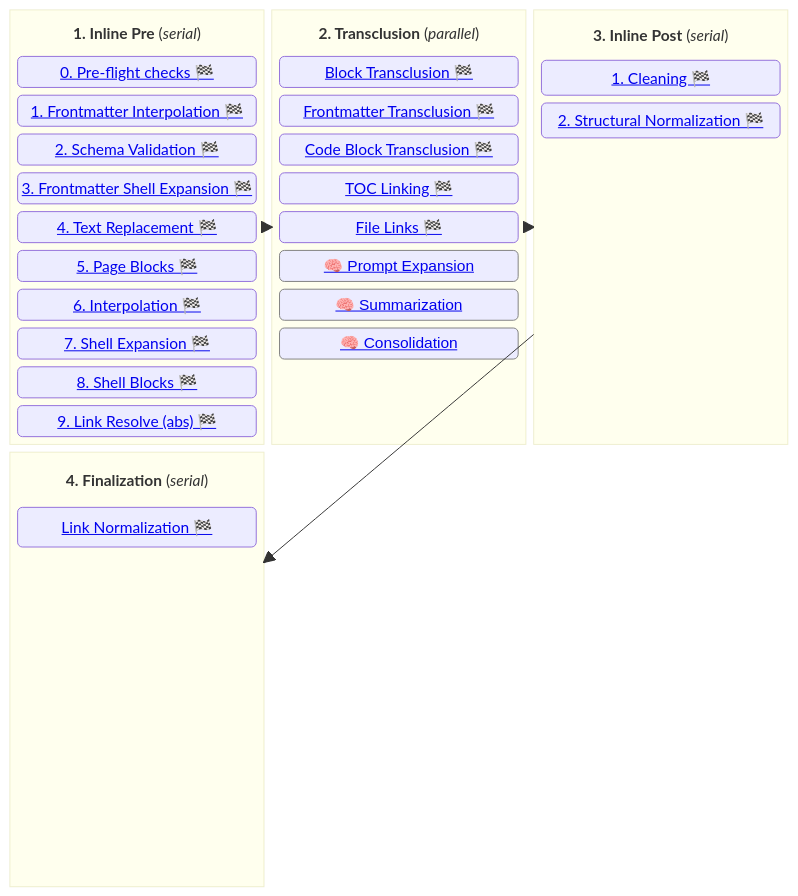
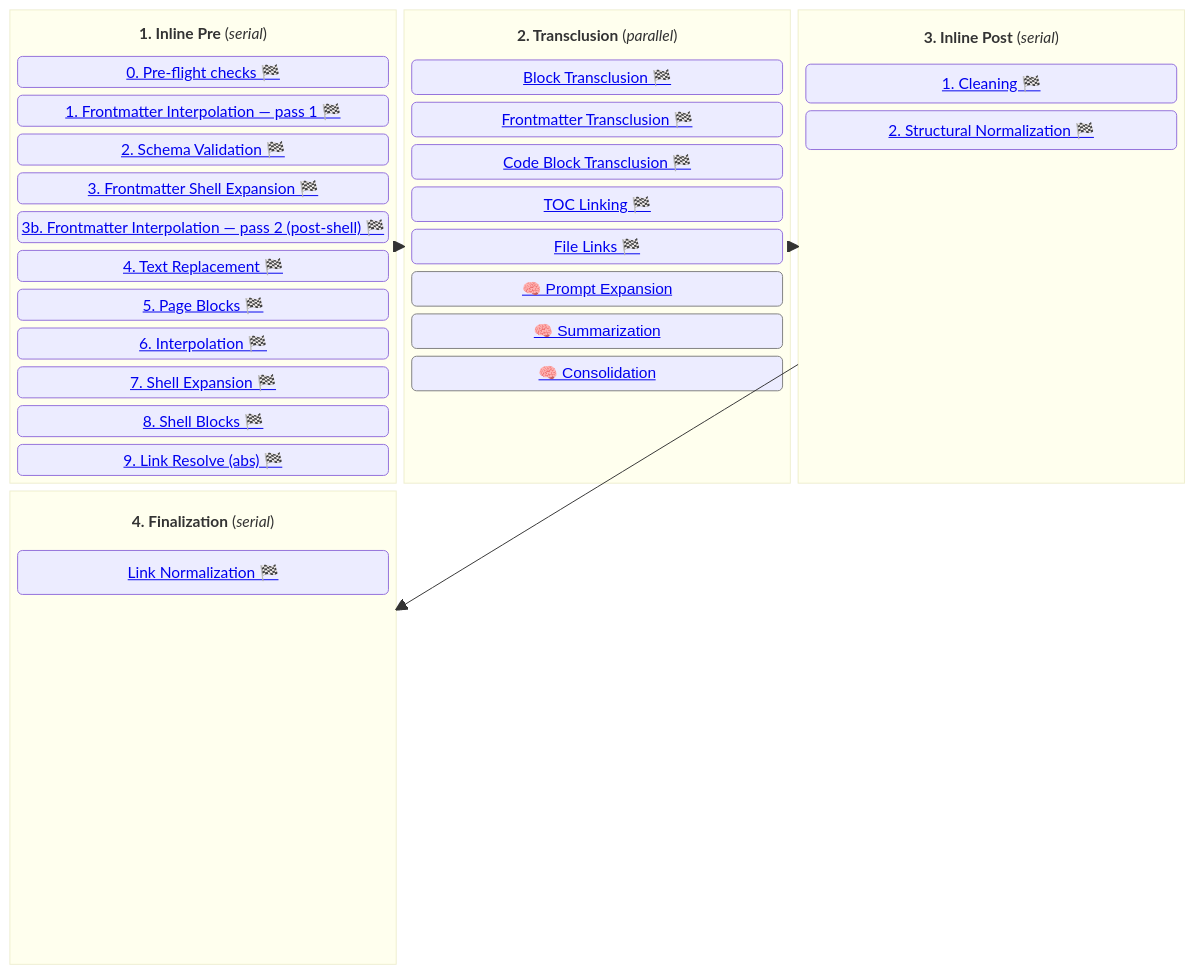
Before and after one commit to yankeeinlondon/rusty-biscuit: the first of 2 diagrams in darkmatter/docs/darkmatter-compose-pipeline.md, drawn with Mermaid. The commit also changed 5 other files, not shown here.

First line of the commit message:
docs(darkmatter): document two-pass fm interpolation, doc namespace, and token resolution

```diff
--- a/darkmatter/docs/darkmatter-compose-pipeline.md
+++ b/darkmatter/docs/darkmatter-compose-pipeline.md
@@ -11,9 +11,10 @@
         columns 1
         preTitle["<b>1. Inline Pre</b> (<i>serial</i>)"]
         preFlightChecks("<a href='./inline/preflight-checks.md'>0. Pre-flight checks 🏁</a>")
-        fmInterpolate("<a href='./inline/fm-interpolation.md'>1. Frontmatter Interpolation 🏁</a>")
+        fmInterpolate("<a href='./inline/fm-interpolation.md'>1. Frontmatter Interpolation — pass 1 🏁</a>")
         schemaValidation("<a href='./inline/schema-validation.md'>2. Schema Validation 🏁</a>")
         shellExp("<a href='./inline/fm-shell-expansion.md'>3. Frontmatter Shell Expansion 🏁</a>")
+        fmInterpolate2("<a href='./inline/fm-interpolation.md'>3b. Frontmatter Interpolation — pass 2 (post-shell) 🏁</a>")
         textReplacement("<a href='./inline/text-replacement.md'>4. Text Replacement 🏁</a>")
         pageBlocks("<a href='./inline/page-blocks.md'>5. Page Blocks 🏁</a>")
         interpolation("<a href='./inline/interpolation.md'>6. Interpolation 🏁</a>")
```
